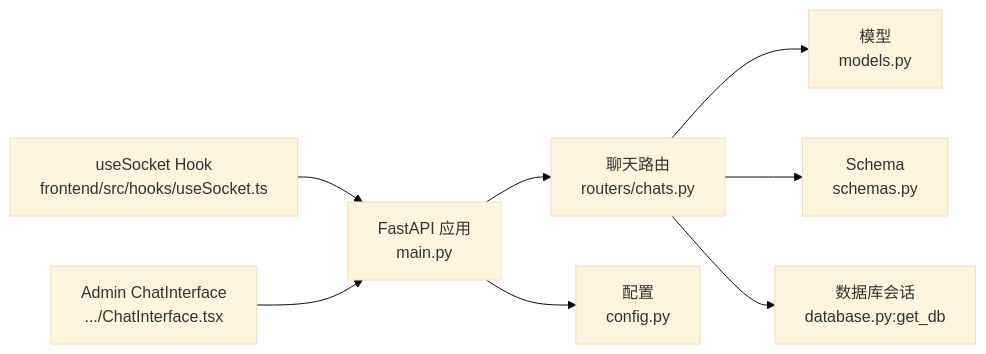
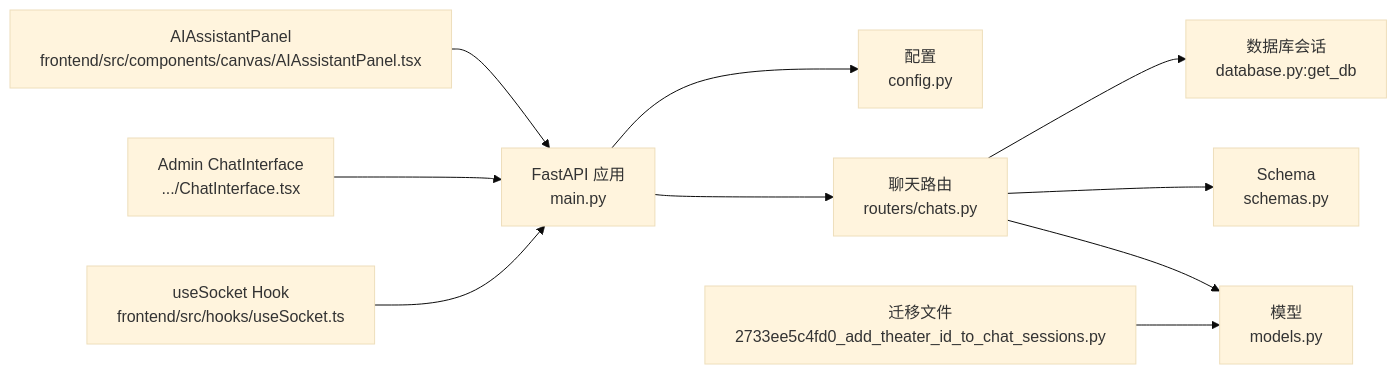
The sixth of 6 diagrams in .qoder/repowiki/zh/content/API接口文档/聊天API.md (KunLabAI/KunFlix), drawn with Mermaid (base theme) before and after one commit. The commit also changed other lines of this file and 11 other files, not shown here.

````diff
--- a/.qoder/repowiki/zh/content/API接口文档/聊天API.md
+++ b/.qoder/repowiki/zh/content/API接口文档/聊天API.md
@@ -318,10 +354,12 @@
 ```mermaid
 graph LR
 R["聊天路由<br/>routers/chats.py"] --> M["模型<br/>models.py"]
 R --> S["Schema<br/>schemas.py"]
 R --> DB["数据库会话<br/>database.py:get_db"]
 APP["FastAPI 应用<br/>main.py"] --> R
 APP --> CFG["配置<br/>config.py"]
 FE1["useSocket Hook<br/>frontend/src/hooks/useSocket.ts"] --> APP
 FE2["Admin ChatInterface<br/>.../ChatInterface.tsx"] --> APP
+FE3["AIAssistantPanel<br/>frontend/src/components/canvas/AIAssistantPanel.tsx"] --> APP
+MIG["迁移文件<br/>2733ee5c4fd0_add_theater_id_to_chat_sessions.py"] --> M
 ```
````
